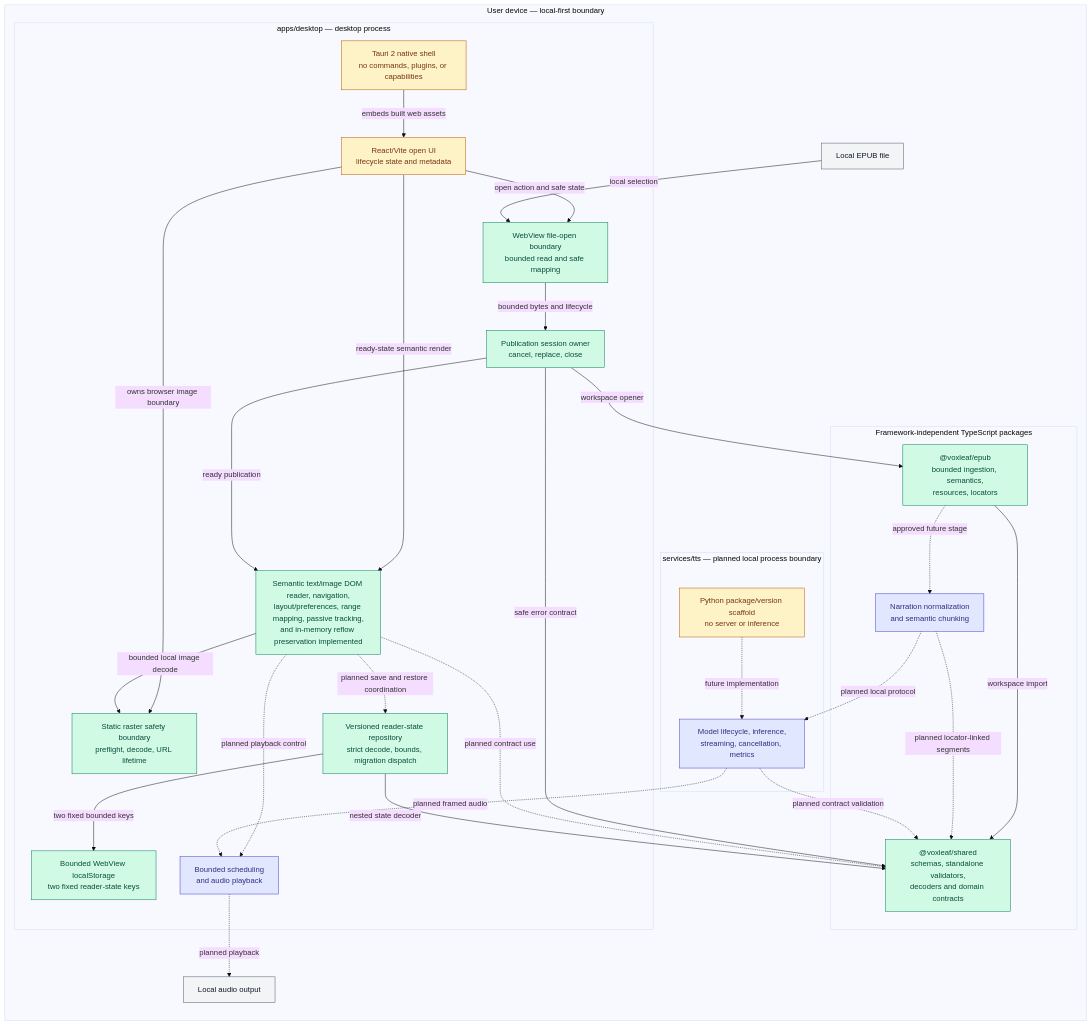
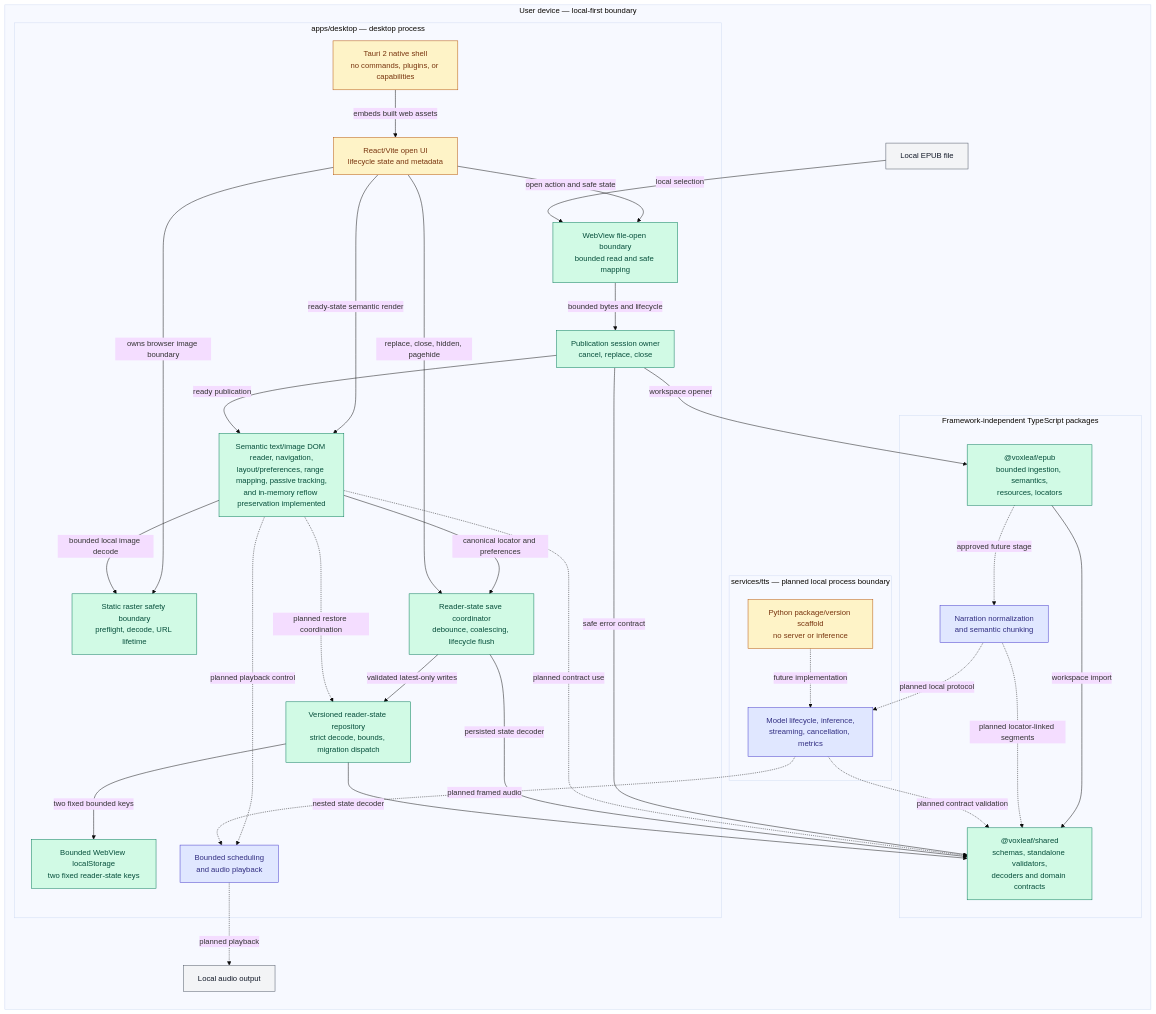
The first of 2 diagrams in docs/architecture/system-diagram.md (mmjosedaniel/voxleaf), drawn with Mermaid (base theme) before and after one commit. The commit also changed other lines of this file and 12 other files, not shown here.

Commit message:
Persist validated reader positions on lifecycle (#67)

````diff
--- a/docs/architecture/system-diagram.md
+++ b/docs/architecture/system-diagram.md
@@ -24,59 +24,64 @@
 ```mermaid
 flowchart LR
   classDef implemented fill:#d1fae5,stroke:#047857,color:#064e3b
   classDef partial fill:#fef3c7,stroke:#b45309,color:#78350f
   classDef planned fill:#e0e7ff,stroke:#4338ca,color:#312e81
   classDef external fill:#f3f4f6,stroke:#4b5563,color:#111827
 
   subgraph device["User device — local-first boundary"]
     epubFile["Local EPUB file"]:::external
     audioDevice["Local audio output"]:::external
     readingStore["Bounded WebView localStorage<br/>two fixed reader-state keys"]:::implemented
 
     subgraph desktop["apps/desktop — desktop process"]
       nativeShell["Tauri 2 native shell<br/>no commands, plugins, or capabilities"]:::partial
       webShell["React/Vite open UI<br/>lifecycle state and metadata"]:::partial
       fileBoundary["WebView file-open boundary<br/>bounded read and safe mapping"]:::implemented
       rasterBoundary["Static raster safety boundary<br/>preflight, decode, URL lifetime"]:::implemented
       publicationSession["Publication session owner<br/>cancel, replace, close"]:::implemented
       reader["Semantic text/image DOM reader, navigation,<br/>layout/preferences, range mapping, passive tracking,<br/>and in-memory reflow preservation implemented"]:::implemented
+      saveCoordinator["Reader-state save coordinator<br/>debounce, coalescing, lifecycle flush"]:::implemented
       stateRepository["Versioned reader-state repository<br/>strict decode, bounds, migration dispatch"]:::implemented
       player["Bounded scheduling<br/>and audio playback"]:::planned
       nativeShell -->|embeds built web assets| webShell
       webShell -->|open action and safe state| fileBoundary
       webShell -->|owns browser image boundary| rasterBoundary
       webShell -->|ready-state semantic render| reader
       fileBoundary -->|bounded bytes and lifecycle| publicationSession
       publicationSession -->|ready publication| reader
       reader -->|bounded local image decode| rasterBoundary
+      reader -->|canonical locator and preferences| saveCoordinator
+      webShell -->|replace, close, hidden, pagehide| saveCoordinator
+      saveCoordinator -->|validated latest-only writes| stateRepository
       stateRepository -->|two fixed bounded keys| readingStore
       reader -. planned playback control .-> player
     end
 
     subgraph libraries["Framework-independent TypeScript packages"]
       shared["@voxleaf/shared<br/>schemas, standalone validators,<br/>decoders and domain contracts"]:::implemented
       epub["@voxleaf/epub<br/>bounded ingestion, semantics,<br/>resources, locators"]:::implemented
       narration["Narration normalization<br/>and semantic chunking"]:::planned
       epub -->|workspace import| shared
       epub -. approved future stage .-> narration
     end
 
     subgraph tts["services/tts — planned local process boundary"]
       ttsFoundation["Python package/version scaffold<br/>no server or inference"]:::partial
       ttsRuntime["Model lifecycle, inference,<br/>streaming, cancellation, metrics"]:::planned
       ttsFoundation -. future implementation .-> ttsRuntime
     end
   end
 
   epubFile -->|local selection| fileBoundary
   publicationSession -->|workspace opener| epub
   publicationSession -->|safe error contract| shared
   reader -. planned contract use .-> shared
+  saveCoordinator -->|persisted state decoder| shared
   stateRepository -->|nested state decoder| shared
-  reader -. planned save and restore coordination .-> stateRepository
+  reader -. planned restore coordination .-> stateRepository
   narration -. planned locator-linked segments .-> shared
   narration -. planned local protocol .-> ttsRuntime
   ttsRuntime -. planned contract validation .-> shared
   ttsRuntime -. planned framed audio .-> player
   player -. planned playback .-> audioDevice
 ```
````
